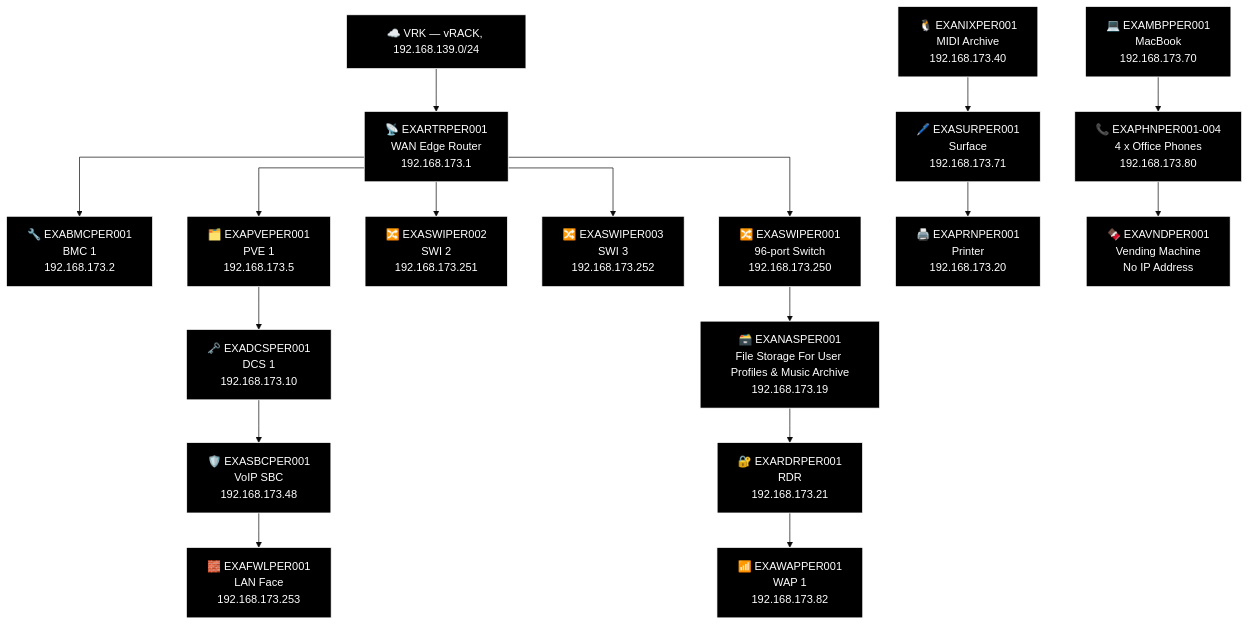
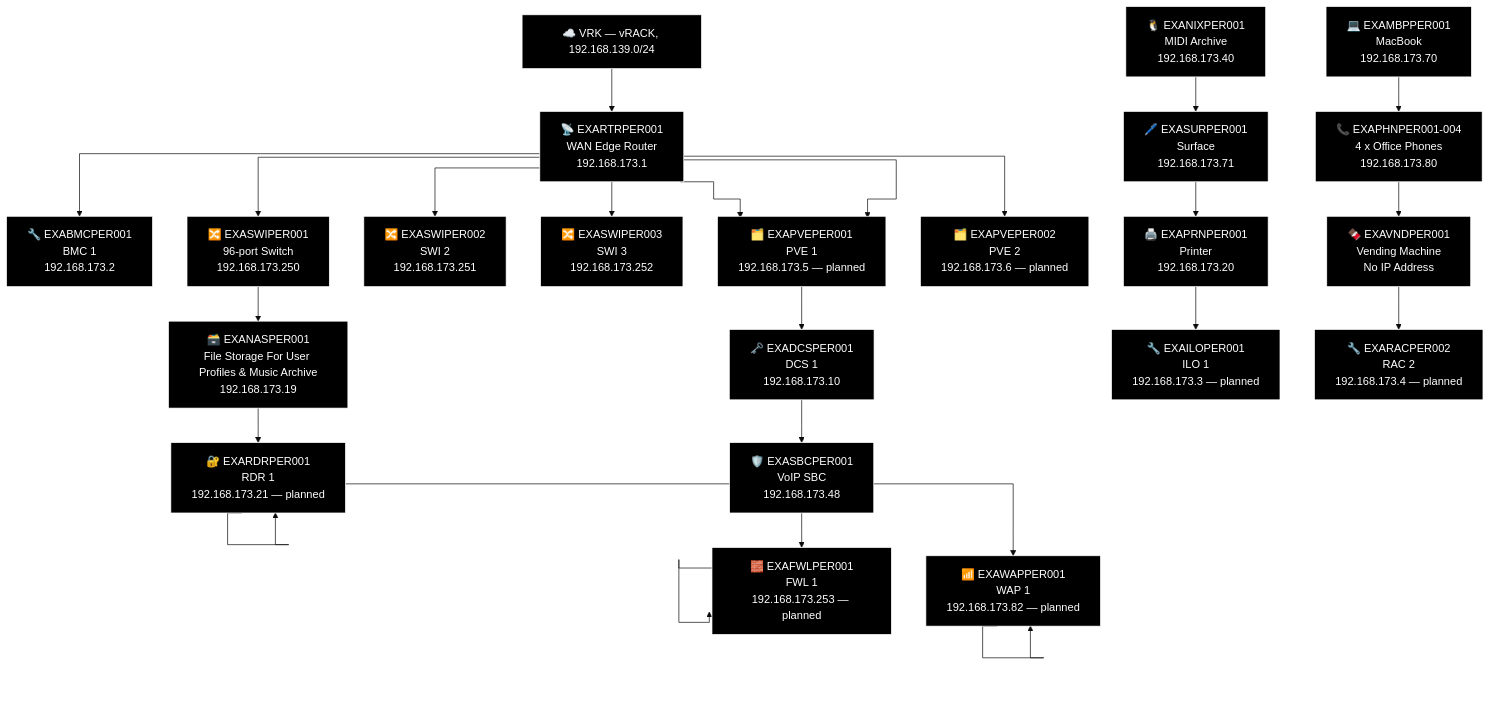
One commit to knightmare2600/example_music_infra changed diagram 18 of 21 in docs/network-diagram/scotland.md. Above: the diagram before and after it, drawn with Mermaid (base theme). The commit also changed other lines of this file and 12 other files, not shown here.

````diff
--- a/docs/network-diagram/scotland.md
+++ b/docs/network-diagram/scotland.md
@@ -1014,54 +1088,70 @@
 ```mermaid
 %% GENERATED:TOPOLOGY:PER:START
 %%{init: {'flowchart': {'curve': 'stepAfter'}}}%%
 graph TD
     T_VRK["☁️ VRK — vRACK, 192.168.139.0/24"]
     T_RTR["📡 EXARTRPER001<br/>WAN Edge Router<br/>192.168.173.1"]
     T_VRK --> T_RTR
     T_BMC["🔧 EXABMCPER001<br/>BMC 1<br/>192.168.173.2"]
     T_RTR --> T_BMC
     T_PVE["🗂️ EXAPVEPER001<br/>PVE 1<br/>192.168.173.5"]
     T_RTR --> T_PVE
     T_SWI["🔀 EXASWIPER002<br/>SWI 2<br/>192.168.173.251"]
     T_RTR --> T_SWI
     T_SWI2["🔀 EXASWIPER003<br/>SWI 3<br/>192.168.173.252"]
     T_RTR --> T_SWI2
     T_SWI3["🔀 EXASWIPER001<br/>96-port Switch<br/>192.168.173.250"]
     T_RTR --> T_SWI3
+    T_PVE["🗂️ EXAPVEPER001<br/>PVE 1<br/>192.168.173.5 — planned"]
+    T_RTR --> T_PVE
+    T_PVE2["🗂️ EXAPVEPER002<br/>PVE 2<br/>192.168.173.6 — planned"]
+    T_RTR --> T_PVE2
     T_NAS["🗃️ EXANASPER001<br/>File Storage For User Profiles & Music Archive<br/>192.168.173.19"]
     T_RDR["🔐 EXARDRPER001<br/>RDR<br/>192.168.173.21"]
+    T_RDR["🔐 EXARDRPER001<br/>RDR 1<br/>192.168.173.21 — planned"]
     T_WAP["📶 EXAWAPPER001<br/>WAP 1<br/>192.168.173.82"]
-    T_SWI3 --> T_NAS --> T_RDR --> T_WAP
+    T_WAP["📶 EXAWAPPER001<br/>WAP 1<br/>192.168.173.82 — planned"]
+    T_SWI3 --> T_NAS --> T_RDR --> T_RDR --> T_WAP --> T_WAP
     T_DCS["🗝️ EXADCSPER001<br/>DCS 1<br/>192.168.173.10"]
     T_SBC["🛡️ EXASBCPER001<br/>VoIP SBC<br/>192.168.173.48"]
     T_FWL["🧱 EXAFWLPER001<br/>LAN Face<br/>192.168.173.253"]
-    T_PVE --> T_DCS --> T_SBC --> T_FWL
+    T_FWL["🧱 EXAFWLPER001<br/>FWL 1<br/>192.168.173.253 — planned"]
+    T_PVE --> T_DCS --> T_SBC --> T_FWL --> T_FWL
     T_NIX["🐧 EXANIXPER001<br/>MIDI Archive<br/>192.168.173.40"]
     T_MBP["💻 EXAMBPPER001<br/>MacBook<br/>192.168.173.70"]
     T_SUR["🖊️ EXASURPER001<br/>Surface<br/>192.168.173.71"]
     T_OTH_PHN["📞 EXAPHNPER001-004<br/>4 x Office Phones<br/>192.168.173.80"]
     T_PRN["🖨️ EXAPRNPER001<br/>Printer<br/>192.168.173.20"]
     T_VND["🍫 EXAVNDPER001<br/>Vending Machine<br/>No IP Address"]
-    T_NIX --> T_SUR --> T_PRN
-    T_MBP --> T_OTH_PHN --> T_VND
+    T_ILO["🔧 EXAILOPER001<br/>ILO 1<br/>192.168.173.3 — planned"]
+    T_RAC["🔧 EXARACPER002<br/>RAC 2<br/>192.168.173.4 — planned"]
+    T_NIX --> T_SUR --> T_PRN --> T_ILO
+    T_MBP --> T_OTH_PHN --> T_VND --> T_RAC
     style T_VRK fill:#000000,stroke:#FFFFFF,color:#FFFFFF
     style T_RTR fill:#000000,stroke:#FFFFFF,color:#FFFFFF
     style T_BMC fill:#000000,stroke:#FFFFFF,color:#FFFFFF
     style T_PVE fill:#000000,stroke:#FFFFFF,color:#FFFFFF
     style T_SWI fill:#000000,stroke:#FFFFFF,color:#FFFFFF
     style T_SWI2 fill:#000000,stroke:#FFFFFF,color:#FFFFFF
     style T_SWI3 fill:#000000,stroke:#FFFFFF,color:#FFFFFF
+    style T_PVE fill:#000000,stroke:#FFFFFF,color:#FFFFFF
+    style T_PVE2 fill:#000000,stroke:#FFFFFF,color:#FFFFFF
     style T_NAS fill:#000000,stroke:#FFFFFF,color:#FFFFFF
     style T_RDR fill:#000000,stroke:#FFFFFF,color:#FFFFFF
+    style T_RDR fill:#000000,stroke:#FFFFFF,color:#FFFFFF
+    style T_WAP fill:#000000,stroke:#FFFFFF,color:#FFFFFF
     style T_WAP fill:#000000,stroke:#FFFFFF,color:#FFFFFF
     style T_DCS fill:#000000,stroke:#FFFFFF,color:#FFFFFF
     style T_SBC fill:#000000,stroke:#FFFFFF,color:#FFFFFF
+    style T_FWL fill:#000000,stroke:#FFFFFF,color:#FFFFFF
     style T_FWL fill:#000000,stroke:#FFFFFF,color:#FFFFFF
     style T_NIX fill:#000000,stroke:#FFFFFF,color:#FFFFFF
     style T_MBP fill:#000000,stroke:#FFFFFF,color:#FFFFFF
     style T_SUR fill:#000000,stroke:#FFFFFF,color:#FFFFFF
     style T_OTH_PHN fill:#000000,stroke:#FFFFFF,color:#FFFFFF
     style T_PRN fill:#000000,stroke:#FFFFFF,color:#FFFFFF
     style T_VND fill:#000000,stroke:#FFFFFF,color:#FFFFFF
+    style T_ILO fill:#000000,stroke:#FFFFFF,color:#FFFFFF
+    style T_RAC fill:#000000,stroke:#FFFFFF,color:#FFFFFF
 %% GENERATED:TOPOLOGY:PER:END
 ```
````
